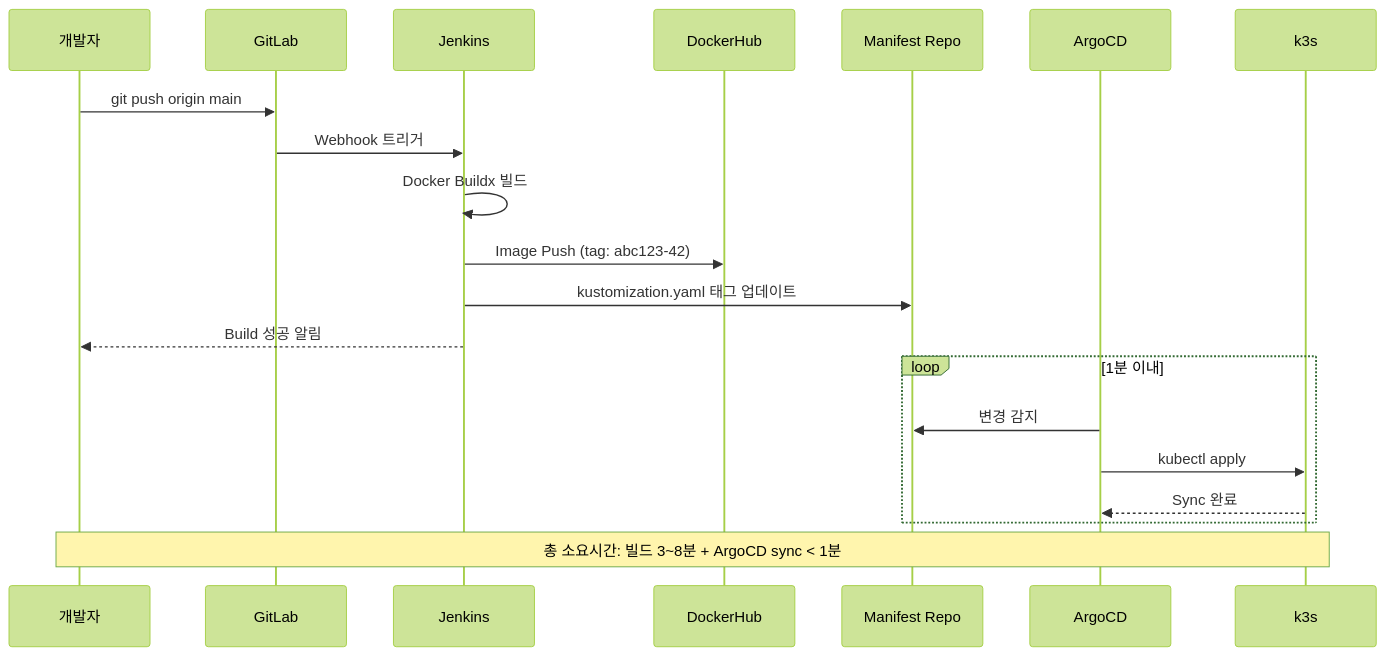
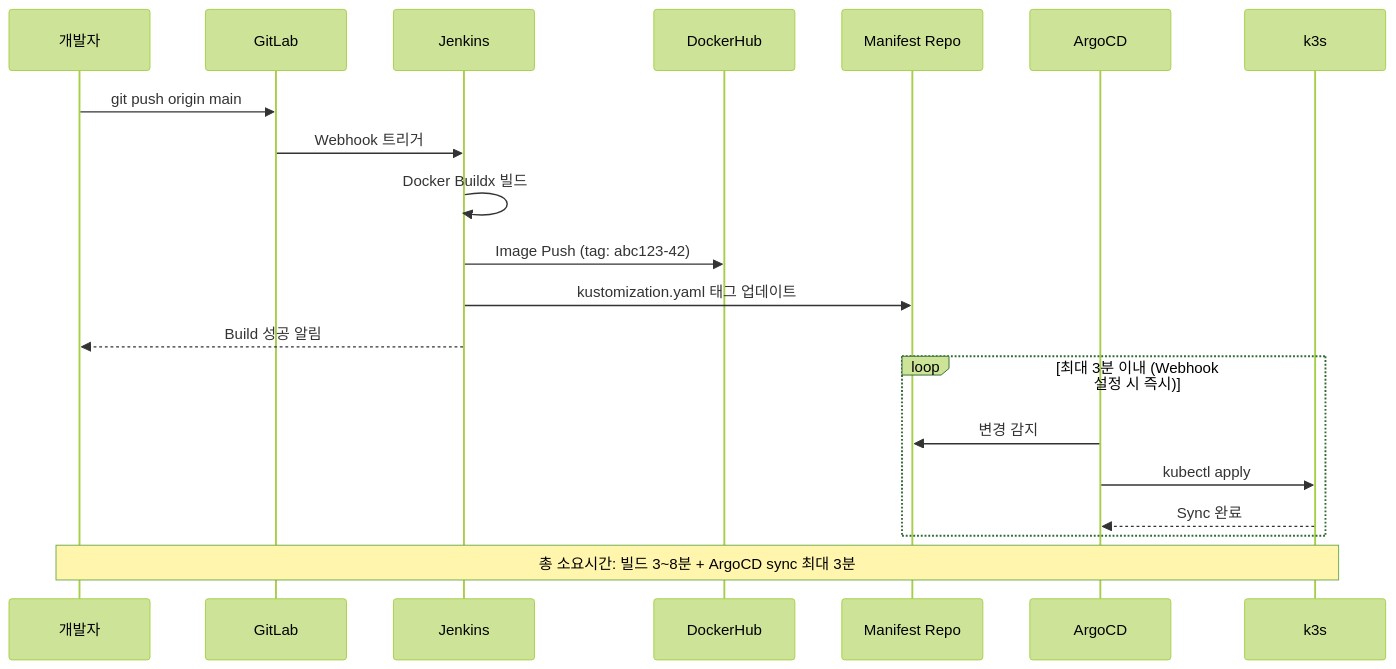
Before and after one commit to Seobway23/Seobway23.github.io: the fifth of 5 diagrams in posts/study/infra/gitops/jenkins-argocd-gitops.md, drawn with Mermaid (forest theme). The commit also changed other lines of this file, not shown here.

Commit message:
Fix ArgoCD polling interval 1min→3min (default 180s, verified from official docs)

````diff
--- a/posts/study/infra/gitops/jenkins-argocd-gitops.md
+++ b/posts/study/infra/gitops/jenkins-argocd-gitops.md
@@ -337,26 +344,26 @@
 ```mermaid
 %% desc: 개발자 git push → 서버 자동 배포까지 전체 단계 타임라인
 sequenceDiagram
   participant D as 개발자
   participant G as GitLab
   participant J as Jenkins
   participant R as DockerHub
   participant M as Manifest Repo
   participant A as ArgoCD
   participant K as k3s
 
   D->>G: git push origin main
   G->>J: Webhook 트리거
   J->>J: Docker Buildx 빌드
   J->>R: Image Push (tag: abc123-42)
   J->>M: kustomization.yaml 태그 업데이트
   J-->>D: Build 성공 알림
 
-  loop 1분 이내
+  loop 최대 3분 이내 (Webhook 설정 시 즉시)
     A->>M: 변경 감지
     A->>K: kubectl apply
     K-->>A: Sync 완료
   end
 
-  Note over D,K: 총 소요시간: 빌드 3~8분 + ArgoCD sync < 1분
+  Note over D,K: 총 소요시간: 빌드 3~8분 + ArgoCD sync 최대 3분
 ```
````
